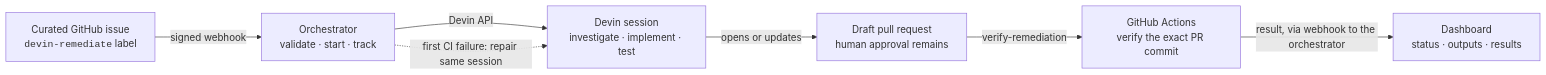
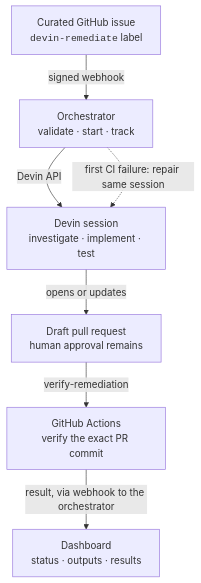
Before and after one commit to aman-sharma-nine/devin-remediation-orchestrator: the diagram in README.md, drawn with Mermaid.

Commit message:
docs: use top-down diagram layout to avoid GitHub's zoom/pan overlay

````diff
--- a/README.md
+++ b/README.md
@@ -11,16 +11,16 @@
 ```mermaid
-flowchart LR
+flowchart TD
     ISSUE["Curated GitHub issue<br/><code>devin-remediate</code> label"]
     ORCH["Orchestrator<br/>validate · start · track"]
     DEVIN["Devin session<br/>investigate · implement · test"]
     PR["Draft pull request<br/>human approval remains"]
     CI["GitHub Actions<br/>verify the exact PR commit"]
     DASH["Dashboard<br/>status · outputs · results"]
 
     ISSUE -->|signed webhook| ORCH
     ORCH -->|Devin API| DEVIN
     DEVIN -->|opens or updates| PR
     PR -->|verify-remediation| CI
     CI -->|result, via webhook to the orchestrator| DASH
     ORCH -.->|first CI failure: repair same session| DEVIN
 ```
````
